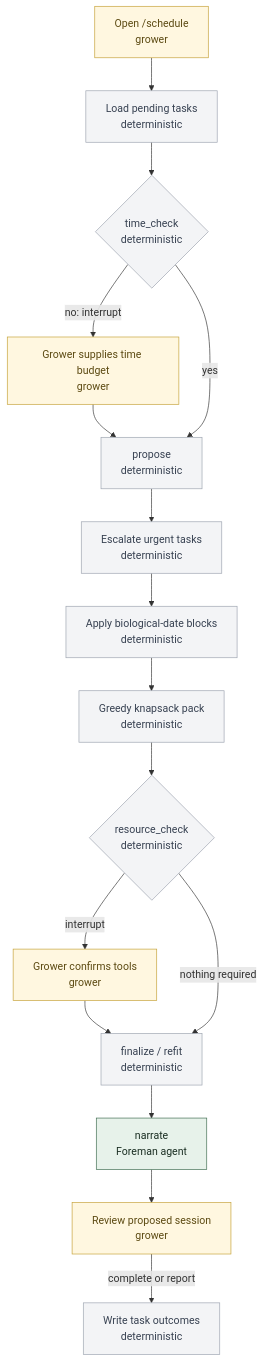
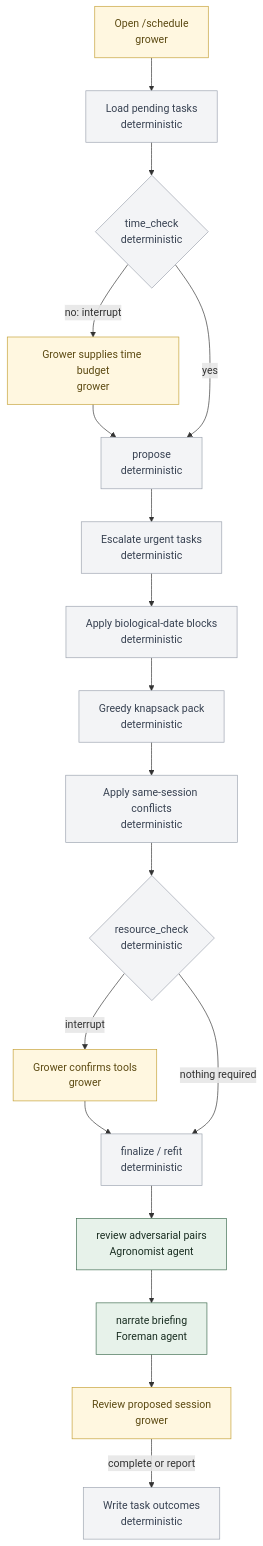
Before and after one commit to Erbene/orchard-assistant: the second of 3 diagrams in README.md, drawn with Mermaid. The commit also changed other lines of this file and 4 other files, not shown here.

````diff
--- a/README.md
+++ b/README.md
@@ -75,27 +75,29 @@
 ```mermaid
 flowchart TD
   A["Open /schedule<br/>grower"] --> B["Load pending tasks<br/>deterministic"]
   B --> C{"time_check<br/>deterministic"}
   C -->|no: interrupt| D["Grower supplies time budget<br/>grower"]
   D --> E["propose<br/>deterministic"]
   C -->|yes| E
 
   E --> E1["Escalate urgent tasks<br/>deterministic"]
   E1 --> E2["Apply biological-date blocks<br/>deterministic"]
   E2 --> E3["Greedy knapsack pack<br/>deterministic"]
-  E3 --> F{"resource_check<br/>deterministic"}
+  E3 --> E4["Apply same-session conflicts<br/>deterministic"]
+  E4 --> F{"resource_check<br/>deterministic"}
 
   F -->|interrupt| G["Grower confirms tools<br/>grower"]
   G --> H["finalize / refit<br/>deterministic"]
   F -->|nothing required| H
-  H --> I["narrate<br/>Foreman agent"]
+  H --> H1["review adversarial pairs<br/>Agronomist agent"]
+  H1 --> I["narrate briefing<br/>Foreman agent"]
   I --> J["Review proposed session<br/>grower"]
   J -->|complete or report| K["Write task outcomes<br/>deterministic"]
 
   classDef agent fill:#e7f2ea,stroke:#3d6b4f,color:#1a2e22
   classDef det fill:#f3f4f6,stroke:#9ca3af,color:#374151
   classDef human fill:#fff7e0,stroke:#c4a035,color:#5c4a12
-  class I agent
-  class B,C,E,E1,E2,E3,F,H,K det
+  class H1,I agent
+  class B,C,E,E1,E2,E3,E4,F,H,K det
   class A,D,G,J human
 ```
````
